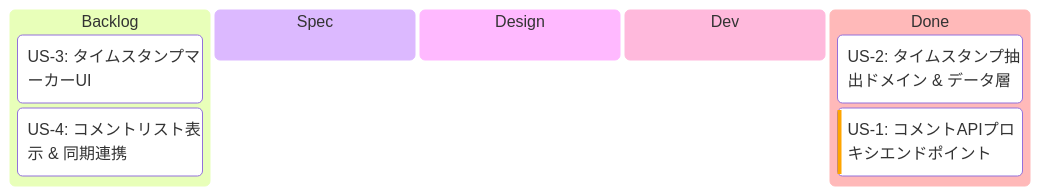
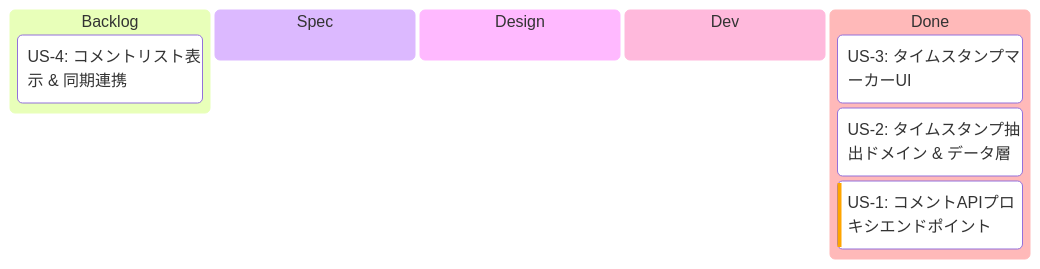
The first of 2 diagrams in implement-context/comment-timestamp-sync/EPIC.md (saki0000/collab-stream), drawn with Mermaid before and after one commit. The commit also changed other lines of this file and 18 other files, not shown here.

````diff
--- a/implement-context/comment-timestamp-sync/EPIC.md
+++ b/implement-context/comment-timestamp-sync/EPIC.md
@@ -30,17 +30,17 @@
 ```mermaid
 ---
 config:
   kanban:
     ticketBaseUrl: ''
 ---
 kanban
   backlog[Backlog]
-    us3[US-3: タイムスタンプマーカーUI]
     us4[US-4: コメントリスト表示 & 同期連携]
   spec[Spec]
   design[Design]
   dev[Dev]
   done[Done]
+    us3[US-3: タイムスタンプマーカーUI]
     us2[US-2: タイムスタンプ抽出ドメイン & データ層]
     us1[US-1: コメントAPIプロキシエンドポイント]@{ priority: 'High' }
 ```
````
